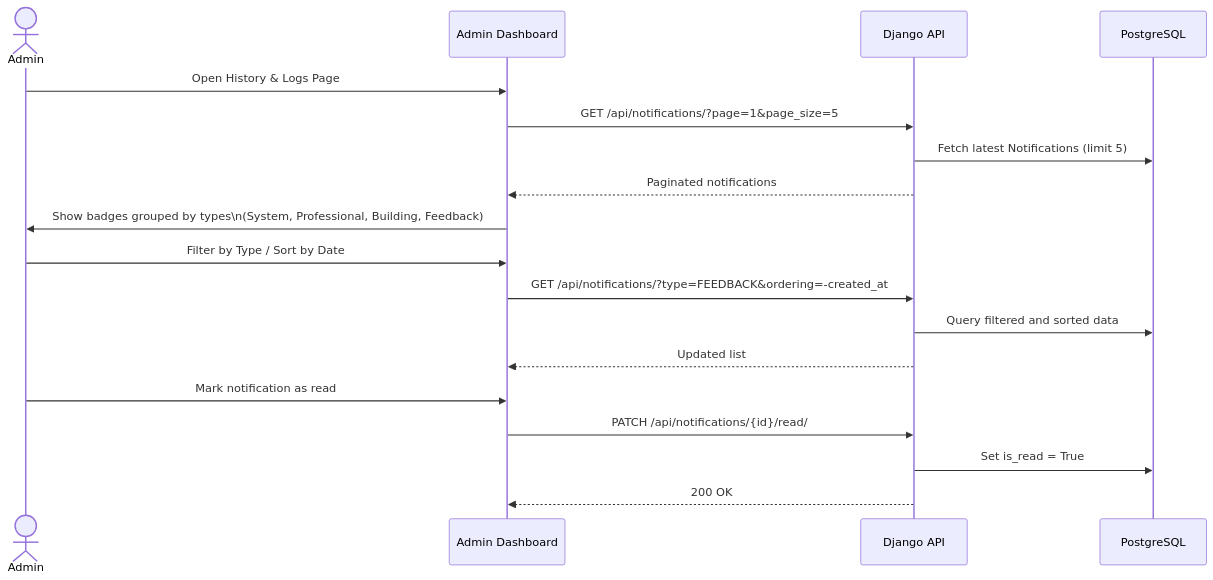
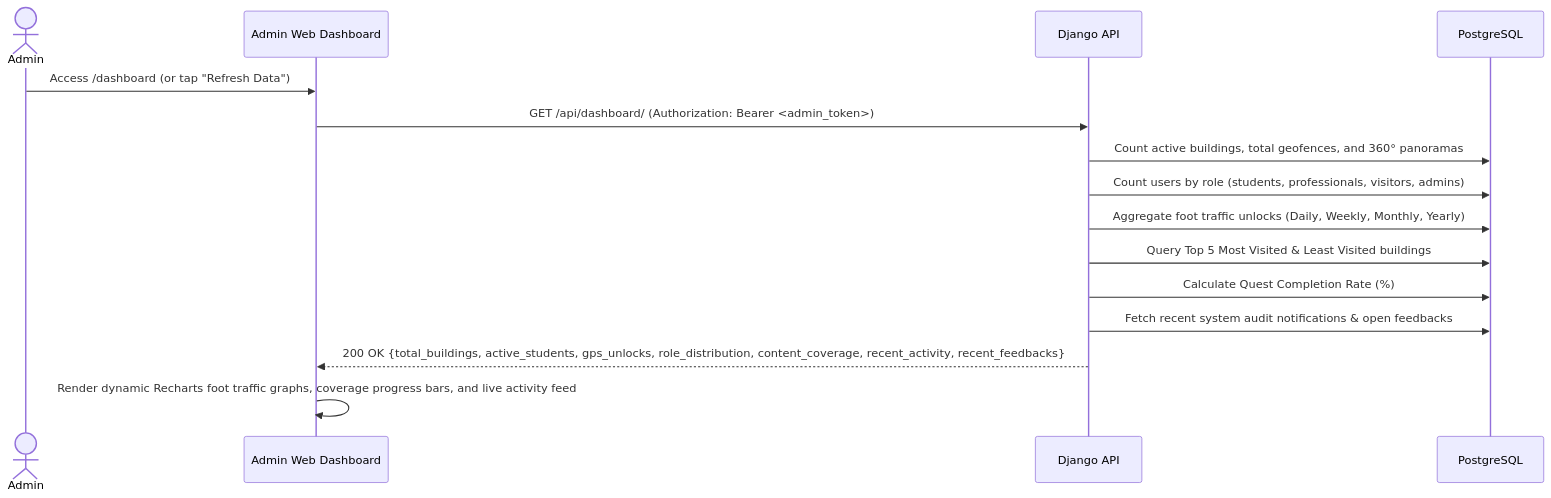
Before and after one commit to Cipher-Syntax/ARQuest: the eighth of 8 diagrams in data-flow.md, drawn with Mermaid. The commit also changed other lines of this file and 10 other files, not shown here.

Commit message:
feat(web): redesign Admin Dashboard with real-time KPIs, foot traffic charts, and content coverage; synchronize all 9 system architecture docs

````diff
--- a/data-flow.md
+++ b/data-flow.md
@@ -360,24 +235,18 @@
 ```mermaid
 sequenceDiagram
     actor Admin
-    participant Web as Admin Dashboard
+    participant Dashboard as Admin Web Dashboard
     participant API as Django API
     participant DB as PostgreSQL
 
-    Admin->>Web: Open History & Logs Page
-    Web->>API: GET /api/notifications/?page=1&page_size=5
-    API->>DB: Fetch latest Notifications (limit 5)
-    API-->>Web: Paginated notifications
-    
-    Web->>Admin: Show badges grouped by types\n(System, Professional, Building, Feedback)
-    
-    Admin->>Web: Filter by Type / Sort by Date
-    Web->>API: GET /api/notifications/?type=FEEDBACK&ordering=-created_at
-    API->>DB: Query filtered and sorted data
-    API-->>Web: Updated list
-
-    Admin->>Web: Mark notification as read
-    Web->>API: PATCH /api/notifications/{id}/read/
-    API->>DB: Set is_read = True
-    API-->>Web: 200 OK
+    Admin->>Dashboard: Access /dashboard (or tap "Refresh Data")
+    Dashboard->>API: GET /api/dashboard/ (Authorization: Bearer <admin_token>)
+    API->>DB: Count active buildings, total geofences, and 360° panoramas
+    API->>DB: Count users by role (students, professionals, visitors, admins)
+    API->>DB: Aggregate foot traffic unlocks (Daily, Weekly, Monthly, Yearly)
+    API->>DB: Query Top 5 Most Visited & Least Visited buildings
+    API->>DB: Calculate Quest Completion Rate (%)
+    API->>DB: Fetch recent system audit notifications & open feedbacks
+    API-->>Dashboard: 200 OK {total_buildings, active_students, gps_unlocks, role_distribution, content_coverage, recent_activity, recent_feedbacks}
+    Dashboard->>Dashboard: Render dynamic Recharts foot traffic graphs, coverage progress bars, and live activity feed
 ```
````
